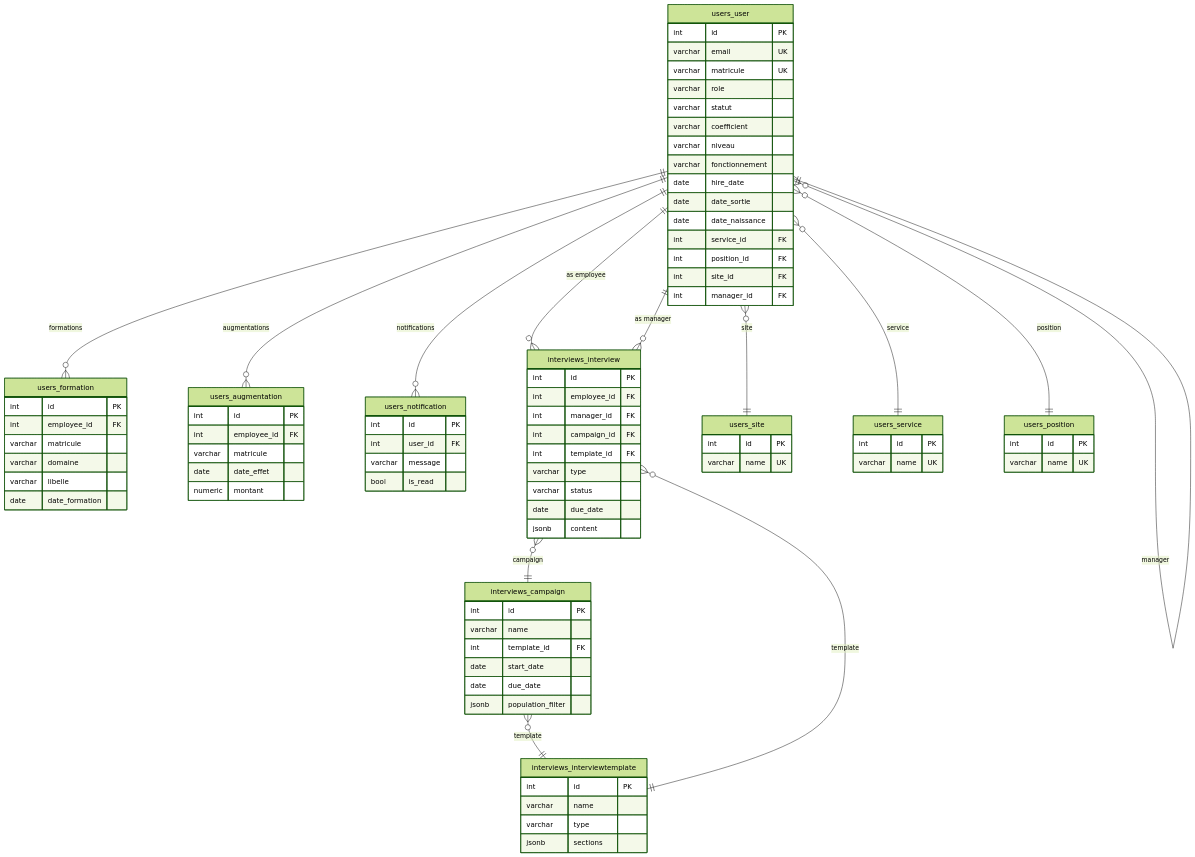
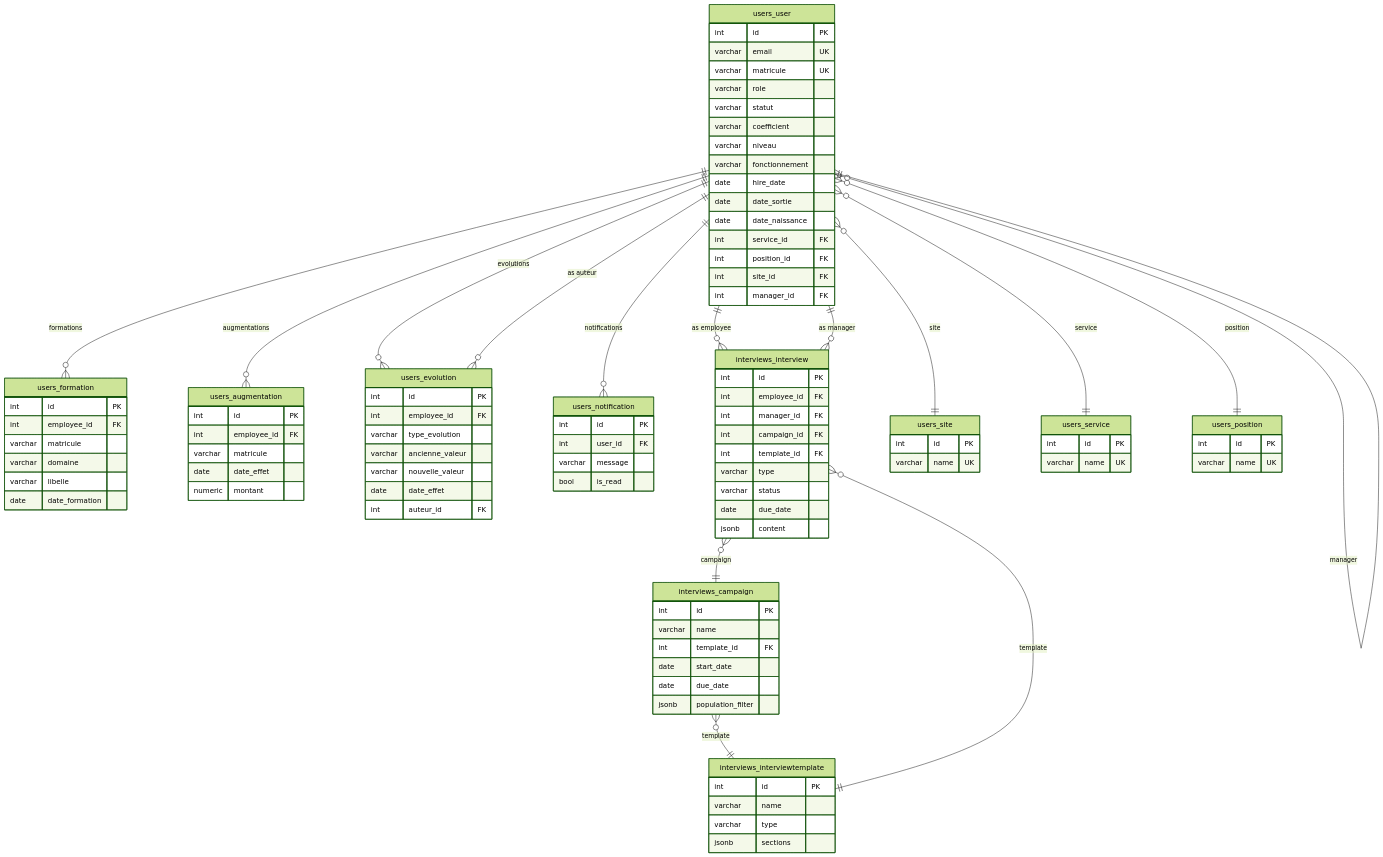
Before and after one commit to ISB-France/ISBRH: the diagram in doc/SCHEMA_BASE.md, drawn with Mermaid (forest theme). The commit also changed other lines of this file, not shown here.

First line of the commit message:
docs: documente la table users_evolution et corrige email/matricule

```diff
--- a/doc/SCHEMA_BASE.md
+++ b/doc/SCHEMA_BASE.md
@@ -286,6 +309,16 @@
         numeric montant
     }
 
+    users_evolution {
+        int id PK
+        int employee_id FK
+        varchar type_evolution
+        varchar ancienne_valeur
+        varchar nouvelle_valeur
+        date date_effet
+        int auteur_id FK
+    }
+
     users_notification {
         int id PK
         int user_id FK
@@ -323,6 +356,8 @@
 
     users_user ||--o{ users_formation : "formations"
     users_user ||--o{ users_augmentation : "augmentations"
+    users_user ||--o{ users_evolution : "evolutions"
+    users_user ||--o{ users_evolution : "as auteur"
     users_user ||--o{ users_notification : "notifications"
     users_user ||--o{ interviews_interview : "as employee"
     users_user ||--o{ interviews_interview : "as manager"
```
